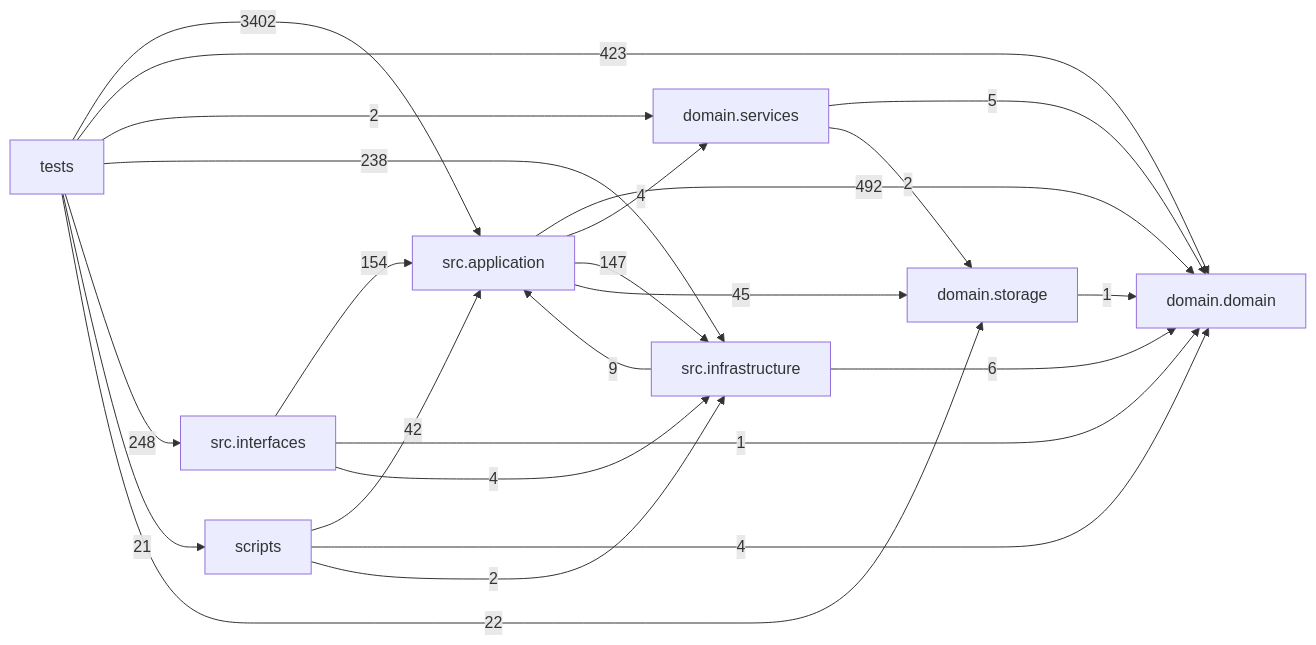
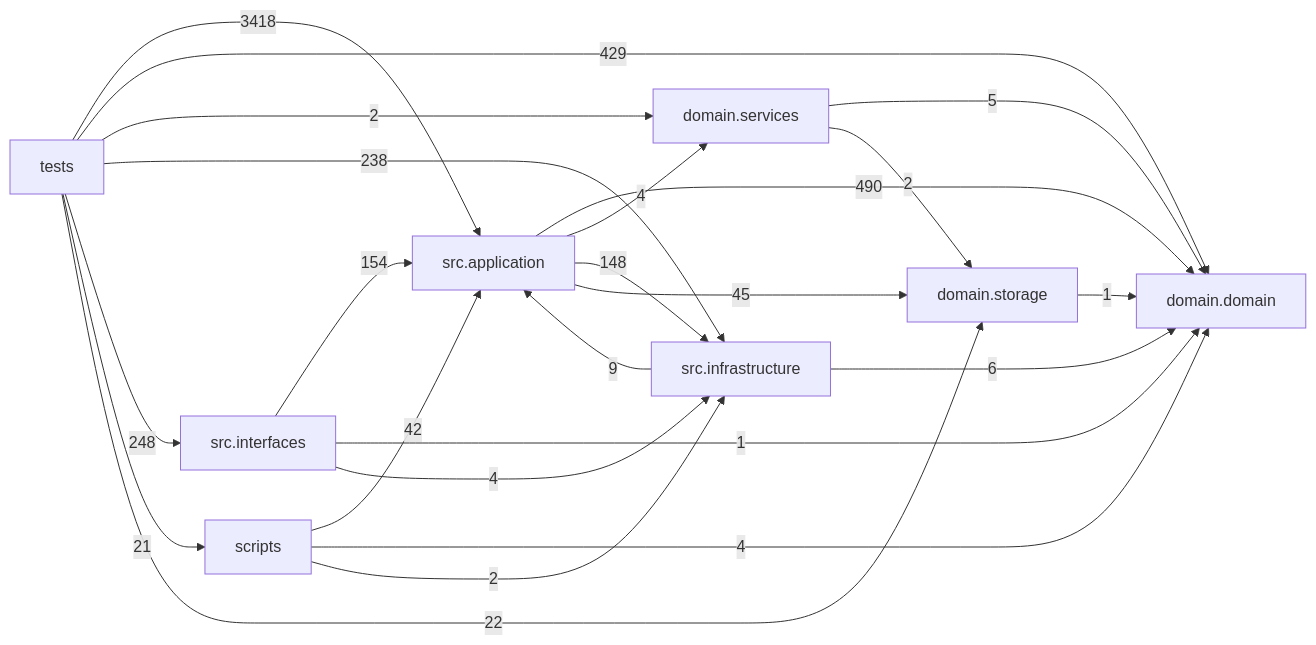
One commit to liuxie066/options-monitor changed the diagram in docs/DEPENDENCY_GRAPH.md. Above: the diagram before and after it, drawn with Mermaid. The commit also changed other lines of this file and 94 other files, not shown here.

````diff
--- a/docs/DEPENDENCY_GRAPH.md
+++ b/docs/DEPENDENCY_GRAPH.md
@@ -24,33 +24,33 @@
 ```mermaid
 flowchart LR
   tests["tests"]
   scripts["scripts"]
   interfaces["src.interfaces"]
   application["src.application"]
   infrastructure["src.infrastructure"]
   domain_services["domain.services"]
   domain["domain.domain"]
   storage["domain.storage"]
-  application -->|492| domain
+  application -->|490| domain
   application -->|4| domain_services
-  application -->|147| infrastructure
+  application -->|148| infrastructure
   application -->|45| storage
   domain_services -->|5| domain
   domain_services -->|2| storage
   infrastructure -->|9| application
   infrastructure -->|6| domain
   interfaces -->|154| application
   interfaces -->|1| domain
   interfaces -->|4| infrastructure
   scripts -->|42| application
   scripts -->|4| domain
   scripts -->|2| infrastructure
   storage -->|1| domain
-  tests -->|3402| application
-  tests -->|423| domain
+  tests -->|3418| application
+  tests -->|429| domain
   tests -->|2| domain_services
   tests -->|238| infrastructure
   tests -->|248| interfaces
   tests -->|21| scripts
   tests -->|22| storage
 ```
````
